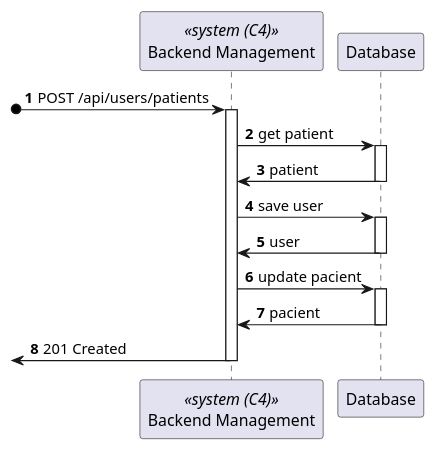
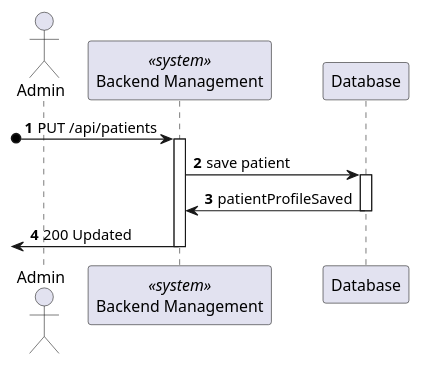
The diagram in docs/PatientProfileUpdate/views/level3/process-view1.puml (Lapr5G21/sem5pi-24-25-3ddg21), drawn with PlantUML before and after one commit. The commit also changed 16 other files, not shown here.

Commit message:
Documentation Patient Profile Editing #10

```diff
--- a/docs/PatientProfileUpdate/views/level3/process-view1.puml
+++ b/docs/PatientProfileUpdate/views/level3/process-view1.puml
@@ -1,39 +1,23 @@
 @startuml Patient Profile Update (level 3 - 1)
 
 autonumber
-participant BE as "Backend Management" <<system (C4)>>
+actor Admin as "Admin"
+participant BE as "Backend Management" <<system>>
 participant DB as "Database"
 
-?o-> BE : POST /api/users/patients
+?o-> BE : PUT /api/patients
 activate BE
 
-BE -> DB : get patient
+BE -> DB : save patient
 
 activate DB 
 
-DB -> BE : patient
+DB -> BE : patientProfileSaved 
 
 deactivate DB 
 
-
-BE -> DB : save user
-
-activate DB 
-
-DB -> BE : user 
-
-deactivate DB
-
-BE -> DB : update pacient
-
-activate DB 
-
-DB -> BE : pacient
-
-deactivate DB 
-
-<- BE : 201 Created
+<- BE : 200 Updated
 
 deactivate BE
 
 @enduml
```
